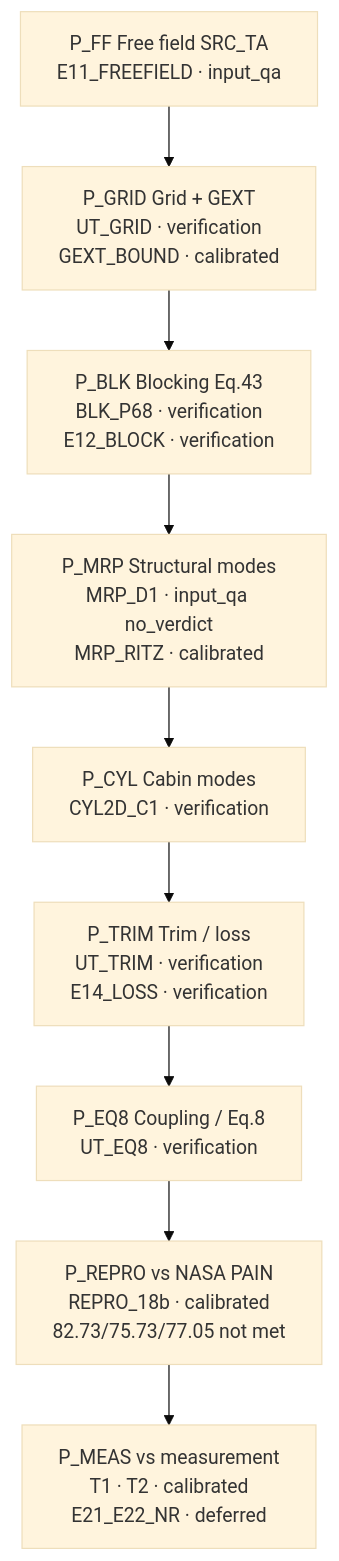
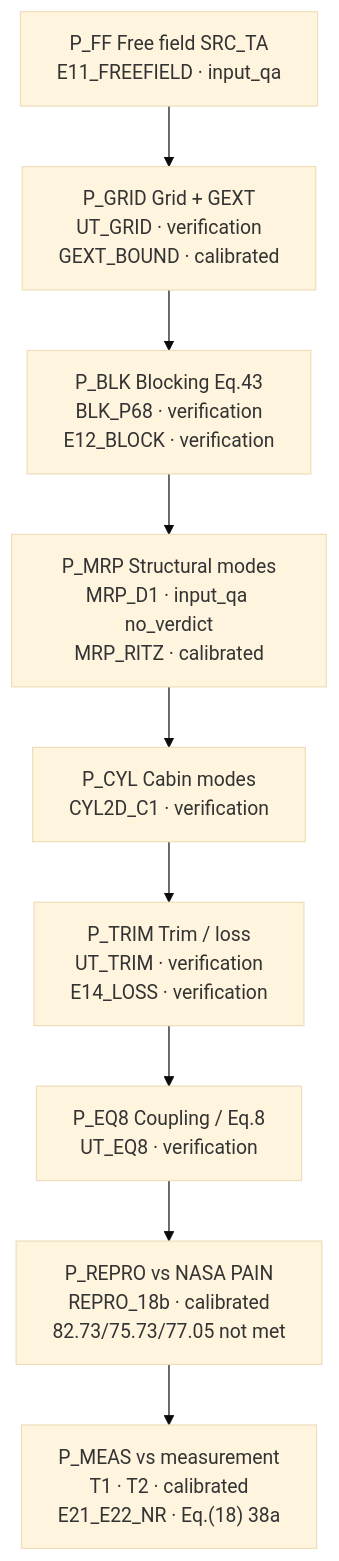
Before and after one commit to hoangf1/PAIN: the fifth of 6 diagrams in rea-work/docs/flowchart.md, drawn with Mermaid (base theme). The commit also changed other lines of this file and 15 other files, not shown here.

````diff
--- a/rea-work/docs/flowchart.md
+++ b/rea-work/docs/flowchart.md
@@ -231,14 +231,14 @@
 ```mermaid
 flowchart TB
     P_FF["P_FF Free field SRC_TA<br/>E11_FREEFIELD · input_qa"]
     P_GRID["P_GRID Grid + GEXT<br/>UT_GRID · verification<br/>GEXT_BOUND · calibrated"]
     P_BLK["P_BLK Blocking Eq.43<br/>BLK_P68 · verification<br/>E12_BLOCK · verification"]
     P_MRP["P_MRP Structural modes<br/>MRP_D1 · input_qa no_verdict<br/>MRP_RITZ · calibrated"]
     P_CYL["P_CYL Cabin modes<br/>CYL2D_C1 · verification"]
     P_TRIM["P_TRIM Trim / loss<br/>UT_TRIM · verification<br/>E14_LOSS · verification"]
     P_EQ8["P_EQ8 Coupling / Eq.8<br/>UT_EQ8 · verification"]
     P_REPRO["P_REPRO vs NASA PAIN<br/>REPRO_18b · calibrated<br/>82.73/75.73/77.05 not met"]
-    P_MEAS["P_MEAS vs measurement<br/>T1 · T2 · calibrated<br/>E21_E22_NR · deferred"]
+    P_MEAS["P_MEAS vs measurement<br/>T1 · T2 · calibrated<br/>E21_E22_NR · Eq.(18) 38a"]
 
     P_FF --> P_GRID --> P_BLK --> P_MRP --> P_CYL --> P_TRIM --> P_EQ8 --> P_REPRO --> P_MEAS
 ```
````
